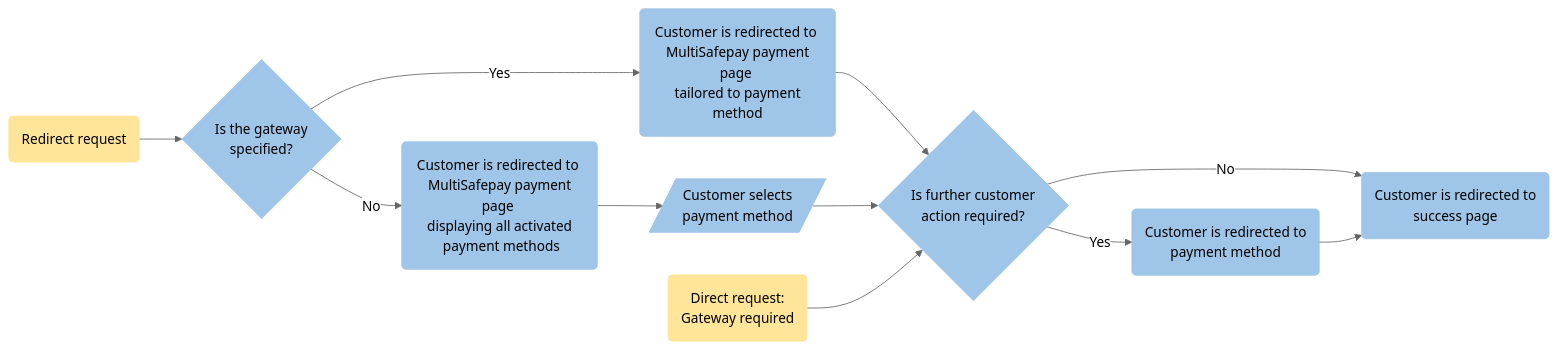
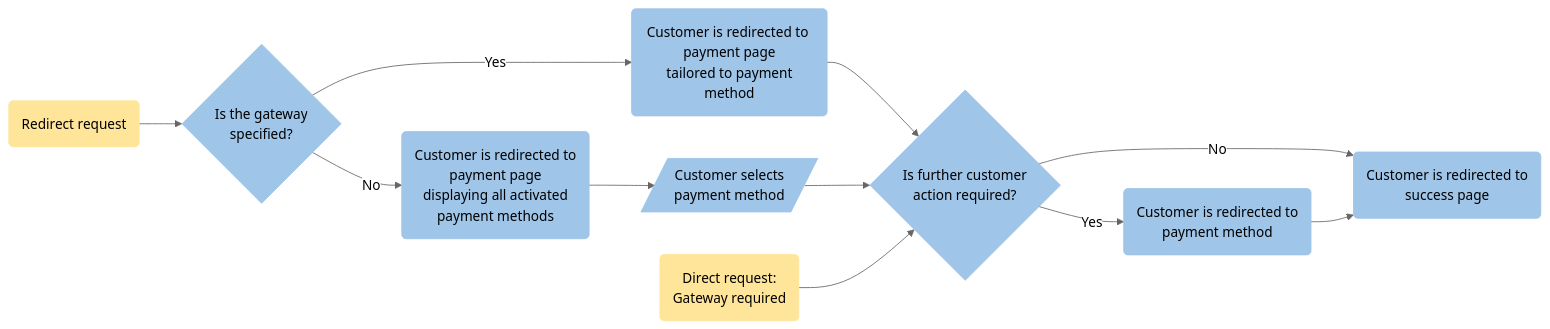
The diagram in content/developer/api/direct-vs-redirect.md (MultiSafepay/docs), drawn with Mermaid (neutral theme) before and after one commit. The commit also changed other lines of this file and 84 other files, not shown here.

```diff
--- a/content/developer/api/direct-vs-redirect.md
+++ b/content/developer/api/direct-vs-redirect.md
@@ -29,25 +29,25 @@
 {{< mermaid class="text-center" >}}
 
 flowchart LR
     id1(Redirect request)--> id2{Is the gateway <br> specified?}
-    id2{Is the gateway <br> specified?}-- Yes --> id4(Customer is redirected to <br> MultiSafepay payment page <br> tailored to payment method)
-    id2{Is the gateway <br> specified?}-- No --> id5(Customer is redirected to <br> MultiSafepay payment page <br> displaying all activated <br> payment methods)
-    id4(Customer is redirected to <br> MultiSafepay payment page <br> tailored to payment method)--> id6{Is further customer <br> action required?}
-    id5(Customer is redirected to <br> MultiSafepay payment page <br> displaying all activated <br> payment methods)--> id9[/Customer selects <br> payment method/]
+    id2{Is the gateway <br> specified?}-- Yes --> id4(Customer is redirected to <br> payment page <br> tailored to payment method)
+    id2{Is the gateway <br> specified?}-- No --> id5(Customer is redirected to <br> payment page <br> displaying all activated <br> payment methods)
+    id4(Customer is redirected to <br> payment page <br> tailored to payment method)--> id6{Is further customer <br> action required?}
+    id5(Customer is redirected to <br> payment page <br> displaying all activated <br> payment methods)--> id9[/Customer selects <br> payment method/]
     id9[/Customer selects <br> payment method/]--> id6{Is further customer <br> action required?}
     id10(Direct request: <br> Gateway required )--> id6{Is further customer <br> action required?}
     id6{Is further customer <br> action required?}-- No --> id7(Customer is redirected to <br> success page)
     id6{Is further customer <br> action required?}-- Yes --> id8(Customer is redirected to <br> payment method)
     id8(Customer is redirected to <br> payment method)--> id7(Customer is redirected to <br> success page)
 
     style id1 fill: #ffe599, stroke: #ffe599
     style id2 fill: #9fc5e8, stroke: #9fc5e8
     style id4 fill: #9fc5e8, stroke: #9fc5e8
     style id5 fill: #9fc5e8, stroke: #9fc5e8
     style id6 fill: #9fc5e8, stroke: #9fc5e8
     style id7 fill: #9fc5e8, stroke: #9fc5e8
     style id8 fill: #9fc5e8, stroke: #9fc5e8
     style id9 fill: #9fc5e8, stroke: #9fc5e8
     style id10 fill: #ffe599, stroke: #ffe599
 
 {{< /mermaid >}}
```
